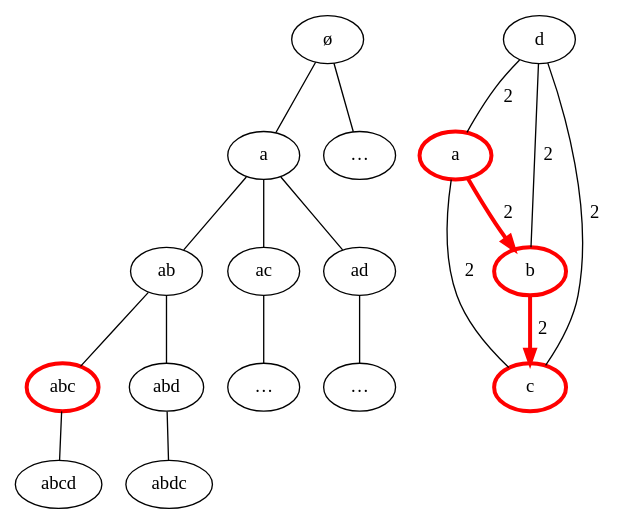
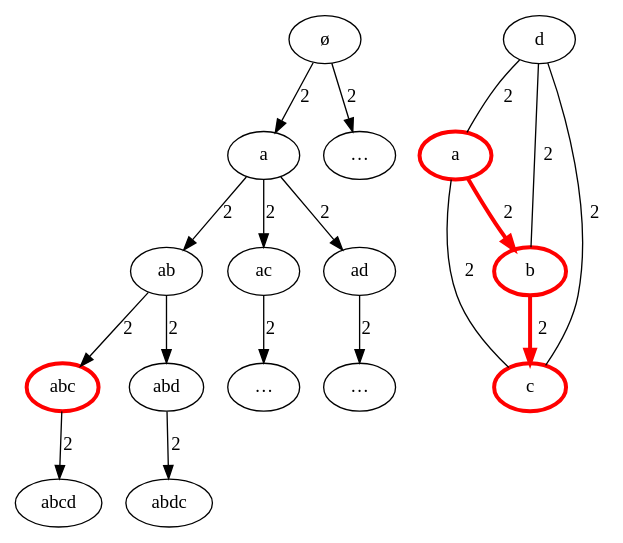
Before and after one commit to minijackson/PR-3602: the diagram in report/graphs/modeling-the-problem_example2.dot, drawn with Graphviz. The commit also changed 4 other files, not shown here.

```diff
--- a/report/graphs/modeling-the-problem_example2.dot
+++ b/report/graphs/modeling-the-problem_example2.dot
@@ -1,27 +1,27 @@
 graph g {
     ell3[label="…"];
     ell4[label="…"];
     abc[color=red,penwidth=3.0];
-    ø -- a -- ab;
+    ø -- a -- ab [label=2,dir=forward];
     ell1[label="…"];
-    ø -- ell1;
-    a -- ac;
-    a -- ad;
-    ac -- ell3;
-    ad -- ell4;
-    ab -- abc;
-    ab -- abd;
-    abc -- abcd;
-    abd -- abdc;
+    ø -- ell1 [label=2,dir=forward];
+    a -- ac [label=2,dir=forward];
+    a -- ad [label=2,dir=forward];
+    ac -- ell3 [label=2,dir=forward];
+    ad -- ell4 [label=2,dir=forward];
+    ab -- abc [label=2,dir=forward];
+    ab -- abd [label=2,dir=forward];
+    abc -- abcd [label=2,dir=forward];
+    abd -- abdc [label=2,dir=forward];
 
     ao[label="a",color=red,penwidth=3.0];
     bo[label="b",color=red,penwidth=3.0];
     co[label="c",color=red,penwidth=3.0];
     do[label="d"];
     ao -- bo[label=" 2 ",color=red,penwidth=3.0, dir=forward];
     bo -- co[label=" 2 ",color=red,penwidth=3.0, dir=forward];
     co -- ao[label=" 2 "];
     do -- ao[label=" 2 "];
     do -- bo[label=" 2 "];
     do -- co[label=" 2 "];
 }
```
